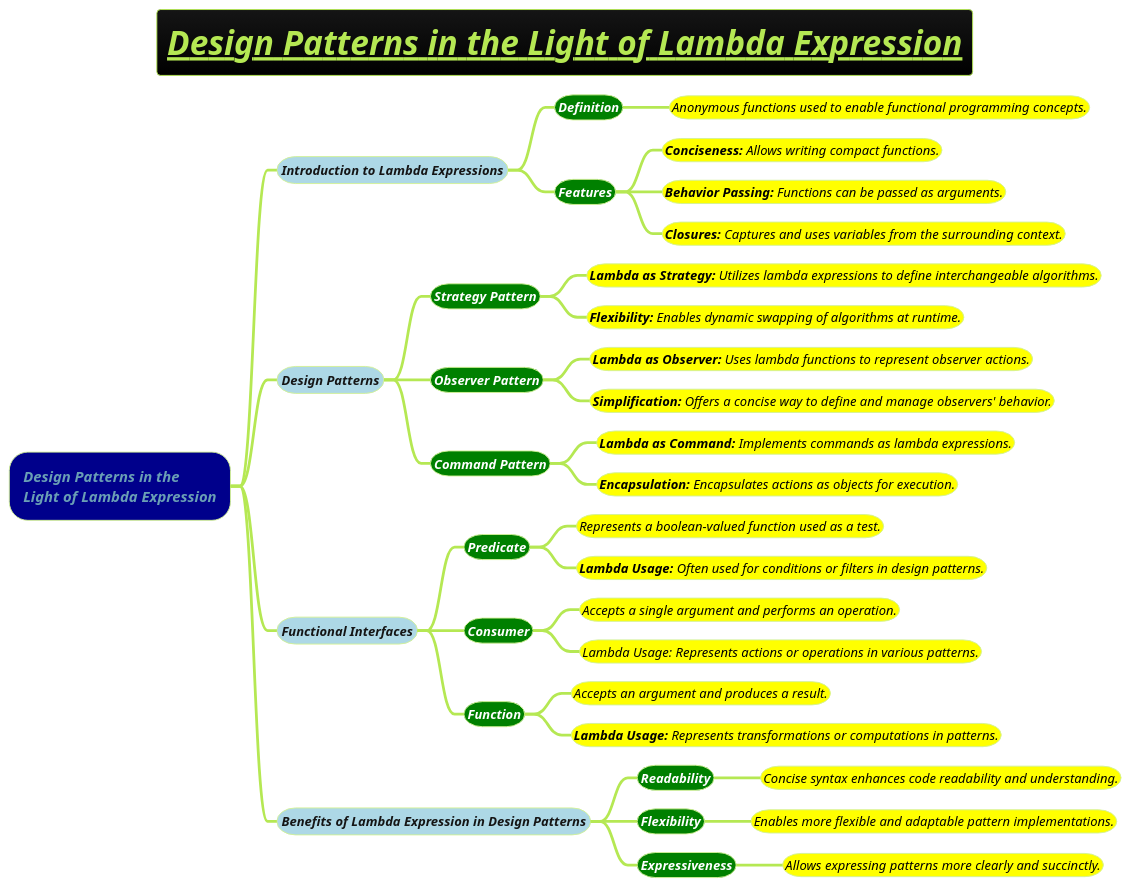
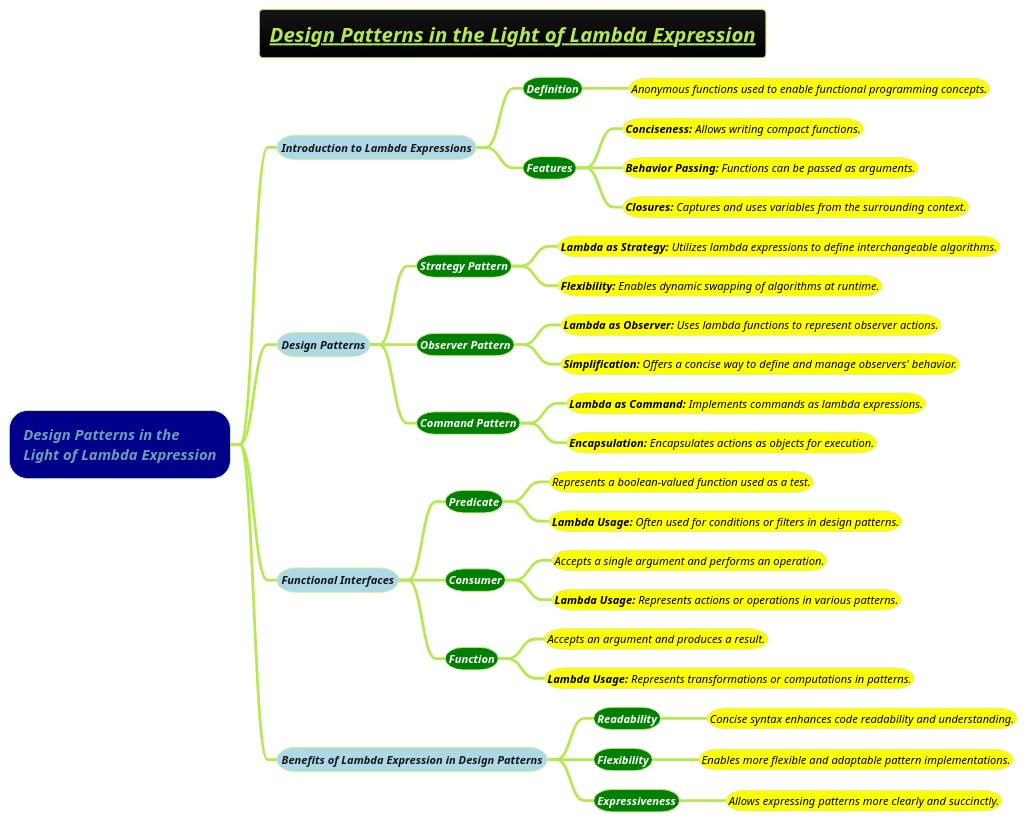
Before and after one commit to MehmoodHashmi/Documentation-as-Code-DaC: the diagram in docs/3-programming-languages/Venkat-Subramaniam/Design-Patterns-revisited-in-the-Light-of-Lambda-Expression.puml, drawn with PlantUML. The commit also changed 5 other files, not shown here.

```diff
--- a/docs/3-programming-languages/Venkat-Subramaniam/Design-Patterns-revisited-in-the-Light-of-Lambda-Expression.puml
+++ b/docs/3-programming-languages/Venkat-Subramaniam/Design-Patterns-revisited-in-the-Light-of-Lambda-Expression.puml
@@ -1,40 +1,40 @@
 @startmindmap
-title =<i><b><u>Design Patterns in the Light of Lambda Expression
+title =<i><b><u><size:18>Design Patterns in the Light of Lambda Expression
 !theme hacker
 
 *[#darkblue] <i>Design Patterns in the \n<i>Light of Lambda Expression
-**[#lightblue] <i><color #blac><size:14>Introduction to Lambda Expressions
-***[#green] <b><i><color #white><size:14>Definition
-****[#yellow] <i><color #black><size:14>Anonymous functions used to enable functional programming concepts.
-***[#green] <b><i><color #white><size:14>Features
-****[#yellow] <i><color #black><size:14>**Conciseness: **Allows writing compact functions.
-****[#yellow] <i><color #black><size:14>**Behavior Passing:** Functions can be passed as arguments.
-****[#yellow] <i><color #black><size:14>**Closures: **Captures and uses variables from the surrounding context.
-**[#lightblue] <i><color #blac><size:14>Design Patterns
-***[#green] <b><i><color #white><size:14>Strategy Pattern
-****[#yellow] <i><color #black><size:14>**Lambda as Strategy:** Utilizes lambda expressions to define interchangeable algorithms.
-****[#yellow] <i><color #black><size:14>**Flexibility:** Enables dynamic swapping of algorithms at runtime.
-***[#green] <b><i><color #white><size:14>Observer Pattern
-****[#yellow] <i><color #black><size:14>**Lambda as Observer:** Uses lambda functions to represent observer actions.
-****[#yellow] <i><color #black><size:14>**Simplification:** Offers a concise way to define and manage observers' behavior.
-***[#green] <b><i><color #white><size:14>Command Pattern
-****[#yellow] <i><color #black><size:14>**Lambda as Command:** Implements commands as lambda expressions.
-****[#yellow] <i><color #black><size:14>**Encapsulation:** Encapsulates actions as objects for execution.
-**[#lightblue] <i><color #blac><size:14>Functional Interfaces
-***[#green] <b><i><color #white><size:14>Predicate
-****[#yellow] <i><color #black><size:14>Represents a boolean-valued function used as a test.
-****[#yellow] <i><color #black><size:14>**Lambda Usage:** Often used for conditions or filters in design patterns.
-***[#green] <b><i><color #white><size:14>Consumer
-****[#yellow] <i><color #black><size:14>Accepts a single argument and performs an operation.
-****[#yellow] <i><color #black><size:14>Lambda Usage: Represents actions or operations in various patterns.
-***[#green] <b><i><color #white><size:14>Function
-****[#yellow] <i><color #black><size:14>Accepts an argument and produces a result.
-****[#yellow] <i><color #black><size:14>**Lambda Usage:** Represents transformations or computations in patterns.
-**[#lightblue] <i><color #blac><size:14>Benefits of Lambda Expression in Design Patterns
-***[#green] <b><i><color #white><size:14>Readability
-****[#yellow] <i><color #black><size:14>Concise syntax enhances code readability and understanding.
-***[#green] <b><i><color #white><size:14>Flexibility
-****[#yellow] <i><color #black><size:14>Enables more flexible and adaptable pattern implementations.
-***[#green] <b><i><color #white><size:14>Expressiveness
-****[#yellow] <i><color #black><size:14>Allows expressing patterns more clearly and succinctly.
+**[#lightblue] <i><color #blac><size:12>Introduction to Lambda Expressions
+***[#green] <b><i><color #white><size:12>Definition
+****[#yellow] <i><color #black><size:12>Anonymous functions used to enable functional programming concepts.
+***[#green] <b><i><color #white><size:12>Features
+****[#yellow] <i><color #black><size:12>**Conciseness: **Allows writing compact functions.
+****[#yellow] <i><color #black><size:12>**Behavior Passing:** Functions can be passed as arguments.
+****[#yellow] <i><color #black><size:12>**Closures: **Captures and uses variables from the surrounding context.
+**[#lightblue] <i><color #blac><size:12>Design Patterns
+***[#green] <b><i><color #white><size:12>Strategy Pattern
+****[#yellow] <i><color #black><size:12>**Lambda as Strategy:** Utilizes lambda expressions to define interchangeable algorithms.
+****[#yellow] <i><color #black><size:12>**Flexibility:** Enables dynamic swapping of algorithms at runtime.
+***[#green] <b><i><color #white><size:12>Observer Pattern
+****[#yellow] <i><color #black><size:12>**Lambda as Observer:** Uses lambda functions to represent observer actions.
+****[#yellow] <i><color #black><size:12>**Simplification:** Offers a concise way to define and manage observers' behavior.
+***[#green] <b><i><color #white><size:12>Command Pattern
+****[#yellow] <i><color #black><size:12>**Lambda as Command:** Implements commands as lambda expressions.
+****[#yellow] <i><color #black><size:12>**Encapsulation:** Encapsulates actions as objects for execution.
+**[#lightblue] <i><color #blac><size:12>Functional Interfaces
+***[#green] <b><i><color #white><size:12>Predicate
+****[#yellow] <i><color #black><size:12>Represents a boolean-valued function used as a test.
+****[#yellow] <i><color #black><size:12>**Lambda Usage:** Often used for conditions or filters in design patterns.
+***[#green] <b><i><color #white><size:12>Consumer
+****[#yellow] <i><color #black><size:12>Accepts a single argument and performs an operation.
+****[#yellow] <i><color #black><size:12>**Lambda Usage:** Represents actions or operations in various patterns.
+***[#green] <b><i><color #white><size:12>Function
+****[#yellow] <i><color #black><size:12>Accepts an argument and produces a result.
+****[#yellow] <i><color #black><size:12>**Lambda Usage:** Represents transformations or computations in patterns.
+**[#lightblue] <i><color #blac><size:12>Benefits of Lambda Expression in Design Patterns
+***[#green] <b><i><color #white><size:12>Readability
+****[#yellow] <i><color #black><size:12>Concise syntax enhances code readability and understanding.
+***[#green] <b><i><color #white><size:12>Flexibility
+****[#yellow] <i><color #black><size:12>Enables more flexible and adaptable pattern implementations.
+***[#green] <b><i><color #white><size:12>Expressiveness
+****[#yellow] <i><color #black><size:12>Allows expressing patterns more clearly and succinctly.
 @endmindmap
```
